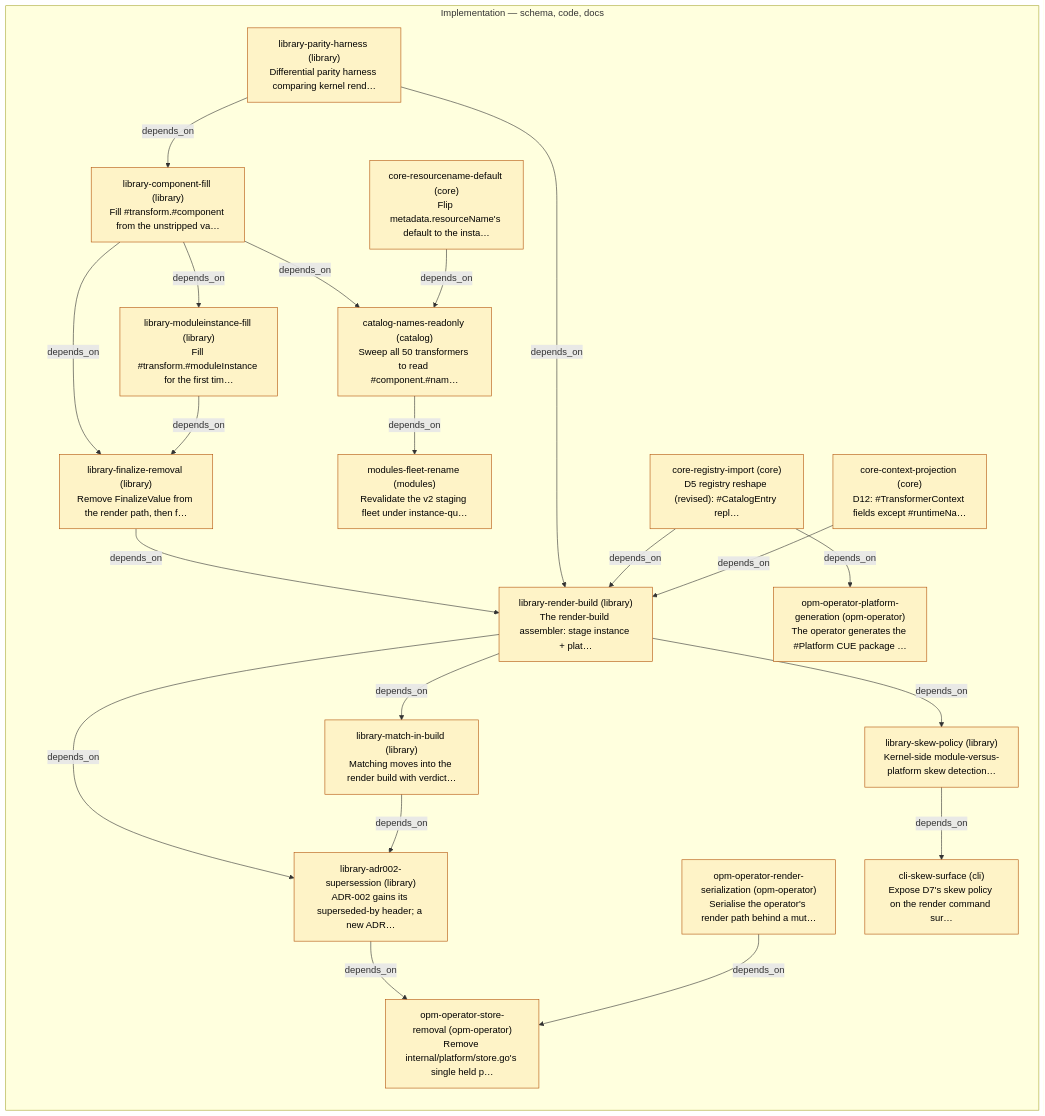
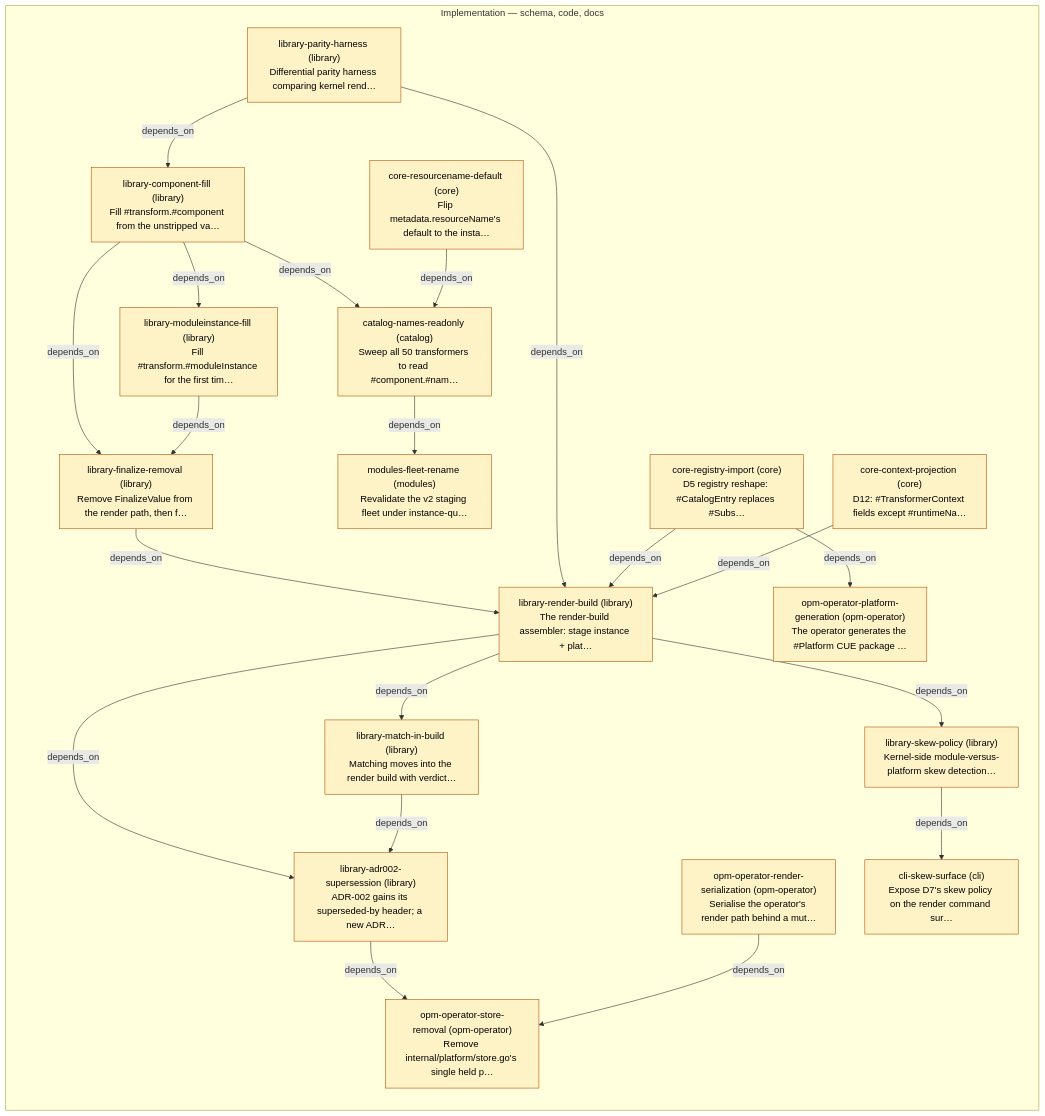
Before and after one commit to open-platform-model/enhancements: the diagram in 0019/PLAN.md, drawn with Mermaid. The commit also changed other lines of this file and 9 other files, not shown here.

````diff
--- a/0019/PLAN.md
+++ b/0019/PLAN.md
@@ -5,48 +5,48 @@
 ```mermaid
 graph LR
   classDef planned     fill:#fef3c7,stroke:#b45309,color:#000
   classDef in_progress fill:#dbeafe,stroke:#1d4ed8,color:#000
   classDef done        fill:#dcfce7,stroke:#15803d,color:#000
   classDef cancelled   fill:#e5e7eb,stroke:#6b7280,color:#6b7280
   classDef other       fill:#fafafa,stroke:#9ca3af,color:#6b7280,stroke-dasharray:3 3
 
   subgraph PHASE_IMPL["Implementation — schema, code, docs"]
     S_library-parity-harness["library-parity-harness (library)\nDifferential parity harness comparing kernel rend…"]:::planned
     S_library-component-fill["library-component-fill (library)\nFill #transform.#component from the unstripped va…"]:::planned
     S_library-moduleinstance-fill["library-moduleinstance-fill (library)\nFill #transform.#moduleInstance for the first tim…"]:::planned
     S_library-finalize-removal["library-finalize-removal (library)\nRemove FinalizeValue from the render path, then f…"]:::planned
     S_core-resourcename-default["core-resourcename-default (core)\nFlip metadata.resourceName's default to the insta…"]:::planned
     S_catalog-names-readonly["catalog-names-readonly (catalog)\nSweep all 50 transformers to read #component.#nam…"]:::planned
     S_modules-fleet-rename["modules-fleet-rename (modules)\nRevalidate the v2 staging fleet under instance-qu…"]:::planned
     S_opm-operator-render-serialization["opm-operator-render-serialization (opm-operator)\nSerialise the operator's render path behind a mut…"]:::planned
-    S_core-registry-import["core-registry-import (core)\nD5 registry reshape (revised): #CatalogEntry repl…"]:::planned
+    S_core-registry-import["core-registry-import (core)\nD5 registry reshape: #CatalogEntry replaces #Subs…"]:::planned
     S_core-context-projection["core-context-projection (core)\nD12: #TransformerContext fields except #runtimeNa…"]:::planned
     S_library-render-build["library-render-build (library)\nThe render-build assembler: stage instance + plat…"]:::planned
     S_library-match-in-build["library-match-in-build (library)\nMatching moves into the render build with verdict…"]:::planned
     S_library-skew-policy["library-skew-policy (library)\nKernel-side module-versus-platform skew detection…"]:::planned
     S_library-adr002-supersession["library-adr002-supersession (library)\nADR-002 gains its superseded-by header; a new ADR…"]:::planned
     S_opm-operator-store-removal["opm-operator-store-removal (opm-operator)\nRemove internal/platform/store.go's single held p…"]:::planned
     S_opm-operator-platform-generation["opm-operator-platform-generation (opm-operator)\nThe operator generates the #Platform CUE package …"]:::planned
     S_cli-skew-surface["cli-skew-surface (cli)\nExpose D7's skew policy on the render command sur…"]:::planned
   end
 
   S_library-parity-harness -->|depends_on| S_library-component-fill
   S_library-component-fill -->|depends_on| S_library-moduleinstance-fill
   S_library-component-fill -->|depends_on| S_library-finalize-removal
   S_library-moduleinstance-fill -->|depends_on| S_library-finalize-removal
   S_library-component-fill -->|depends_on| S_catalog-names-readonly
   S_core-resourcename-default -->|depends_on| S_catalog-names-readonly
   S_catalog-names-readonly -->|depends_on| S_modules-fleet-rename
   S_library-finalize-removal -->|depends_on| S_library-render-build
   S_library-parity-harness -->|depends_on| S_library-render-build
   S_core-registry-import -->|depends_on| S_library-render-build
   S_core-context-projection -->|depends_on| S_library-render-build
   S_library-render-build -->|depends_on| S_library-match-in-build
   S_library-render-build -->|depends_on| S_library-skew-policy
   S_library-render-build -->|depends_on| S_library-adr002-supersession
   S_library-match-in-build -->|depends_on| S_library-adr002-supersession
   S_library-adr002-supersession -->|depends_on| S_opm-operator-store-removal
   S_opm-operator-render-serialization -->|depends_on| S_opm-operator-store-removal
   S_core-registry-import -->|depends_on| S_opm-operator-platform-generation
   S_library-skew-policy -->|depends_on| S_cli-skew-surface
 ```
````
